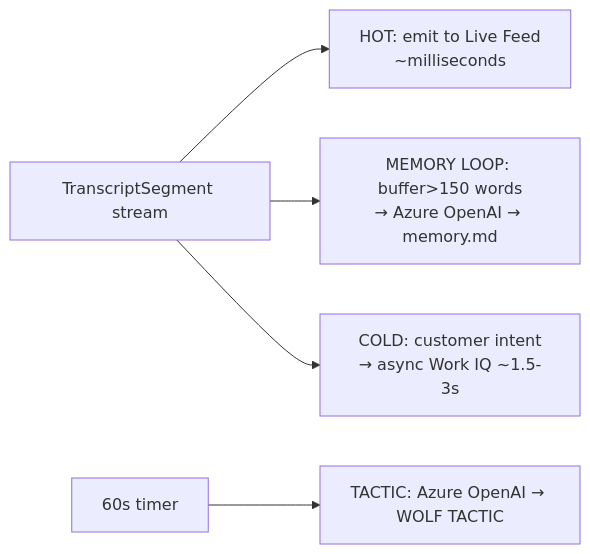
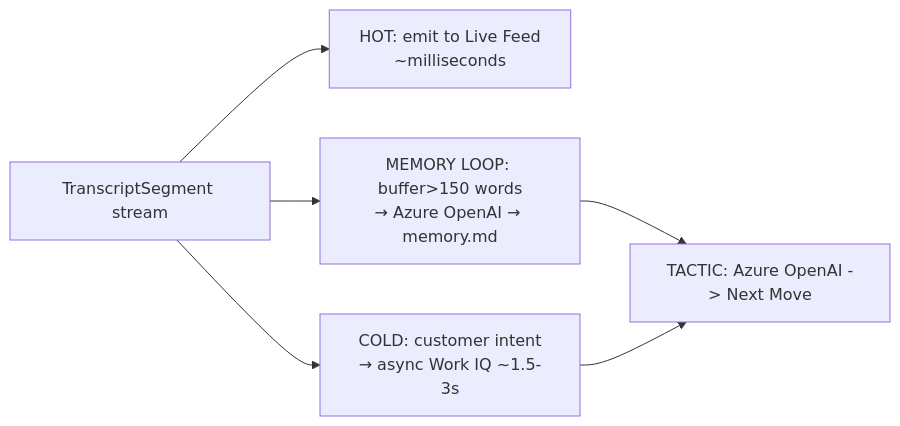
Before and after one commit to luneto10/ekko-copilot: the second of 7 diagrams in docs/DESIGN.md, drawn with Mermaid. The commit also changed other lines of this file and 43 other files, not shown here.

````diff
--- a/docs/DESIGN.md
+++ b/docs/DESIGN.md
@@ -121,8 +121,9 @@
 ```mermaid
 graph LR
     SEG[TranscriptSegment stream]
     SEG --> HOT[HOT: emit to Live Feed<br/>~milliseconds]
     SEG --> MEMLOOP[MEMORY LOOP: buffer>150 words<br/>→ Azure OpenAI → memory.md]
     SEG --> COLD[COLD: customer intent<br/>→ async Work IQ ~1.5-3s]
-    TIMER[60s timer] --> TAC[TACTIC: Azure OpenAI → WOLF TACTIC]
+    MEMLOOP --> TAC[TACTIC: Azure OpenAI -> Next Move]
+    COLD --> TAC
 ```
````
